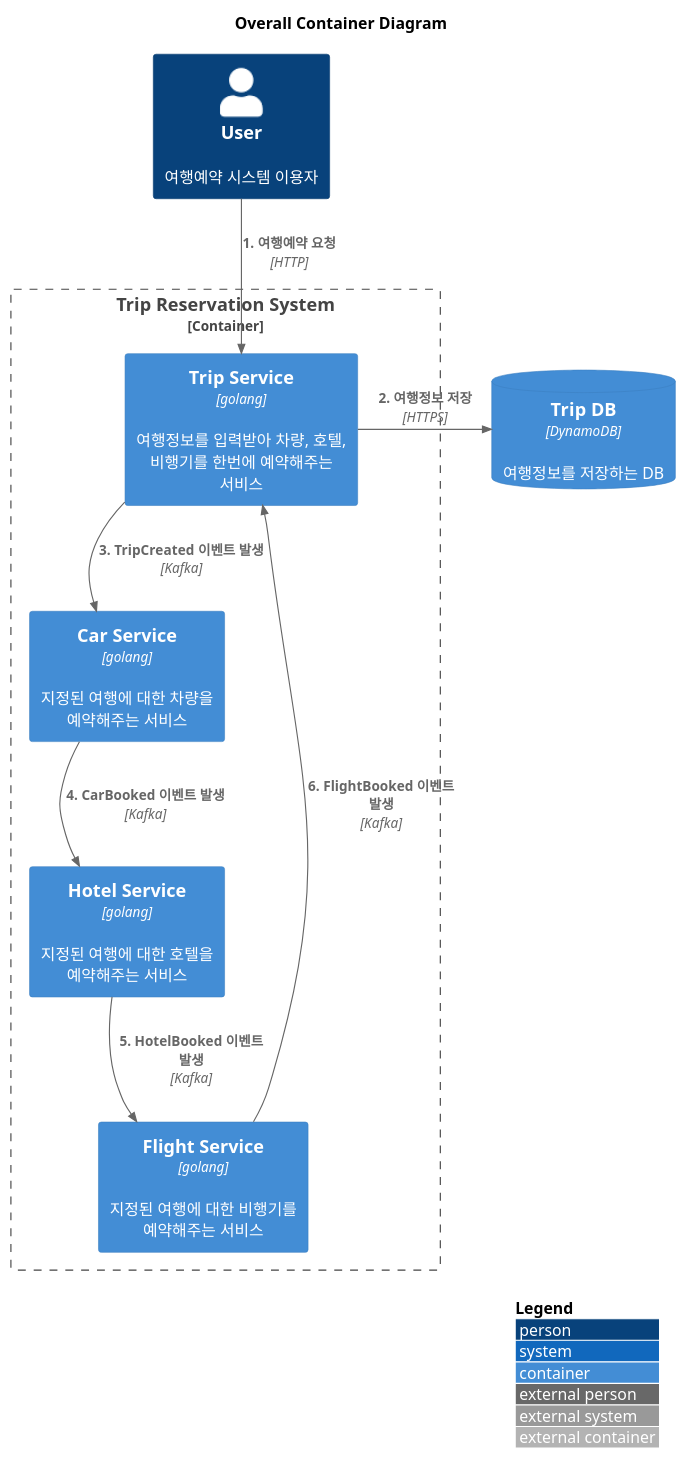
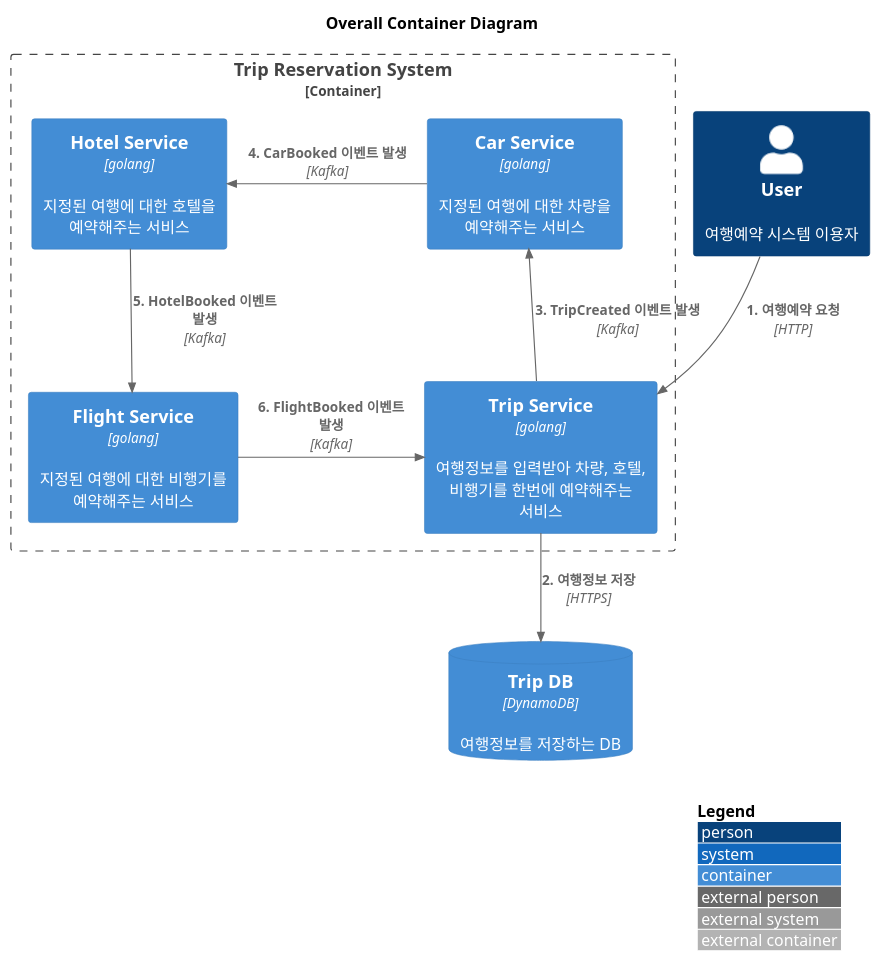
The diagram in docs/c4/overall-container.puml (haandol/devops-academy-eda-demo), drawn with PlantUML before and after one commit. The commit also changed 1 other file, not shown here.

```diff
--- a/docs/c4/overall-container.puml
+++ b/docs/c4/overall-container.puml
@@ -1,25 +1,25 @@
 @startuml overall-container
 !include <c4/C4_Container.puml>  
 
 title Overall Container Diagram
 
 Person(client, "User", "여행예약 시스템 이용자")
 
 Container_Boundary(b0, "Trip Reservation System") {
   Container(trip, "Trip Service", "golang",  "여행정보를 입력받아 차량, 호텔, 비행기를 한번에 예약해주는 서비스")
   Container(car, "Car Service", "golang",  "지정된 여행에 대한 차량을 예약해주는 서비스")
   Container(hotel, "Hotel Service", "golang",  "지정된 여행에 대한 호텔을 예약해주는 서비스")
   Container(flight, "Flight Service", "golang",  "지정된 여행에 대한 비행기를 예약해주는 서비스")
 }
 
 ContainerDb(db, "Trip DB", "DynamoDB", "여행정보를 저장하는 DB")
 
 Rel(client, trip, "1. 여행예약 요청", "HTTP")
-Rel_Neighbor(trip, db, "2. 여행정보 저장", "HTTPS")
-Rel(trip, car, "3. TripCreated 이벤트 발생", "Kafka")
-Rel(car, hotel, "4. CarBooked 이벤트 발생", "Kafka")
+Rel(trip, db, "2. 여행정보 저장", "HTTPS")
+Rel_Neighbor(car, hotel, "4. CarBooked 이벤트 발생", "Kafka")
+Rel_Neighbor(trip, car, "3. TripCreated 이벤트 발생", "Kafka")
 Rel(hotel, flight, "5. HotelBooked 이벤트 발생", "Kafka")
-Rel(flight, trip, "6. FlightBooked 이벤트 발생", "Kafka")
+Rel_Neighbor(flight, trip, "6. FlightBooked 이벤트 발생", "Kafka")
 
 LAYOUT_WITH_LEGEND()
 @enduml
```
